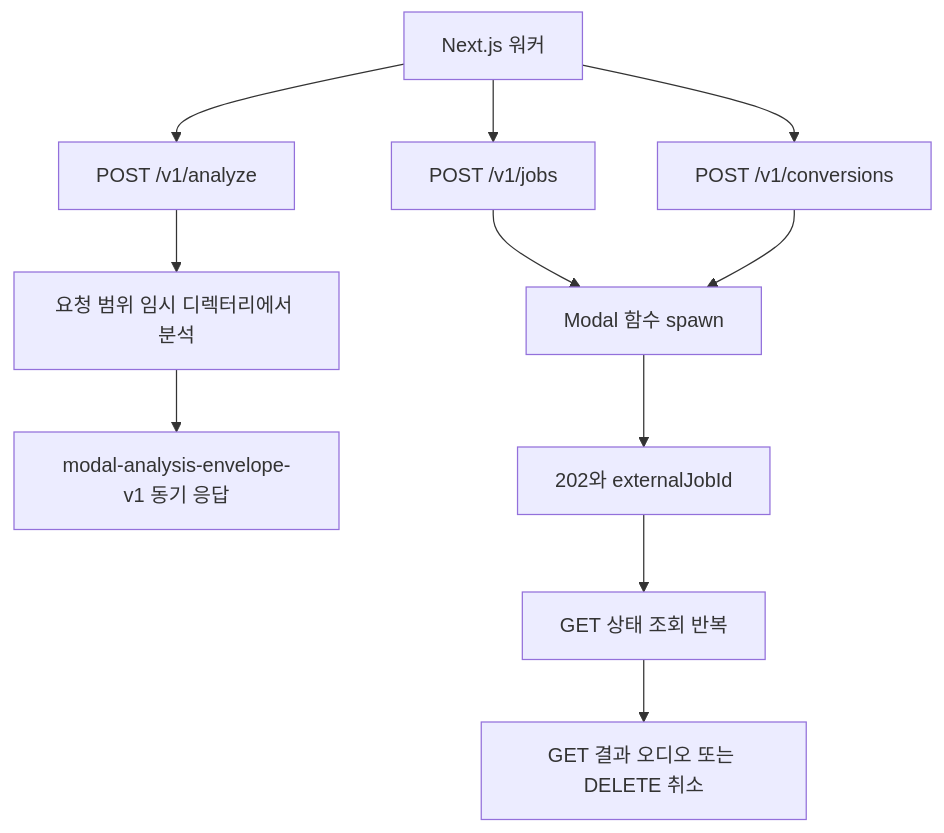
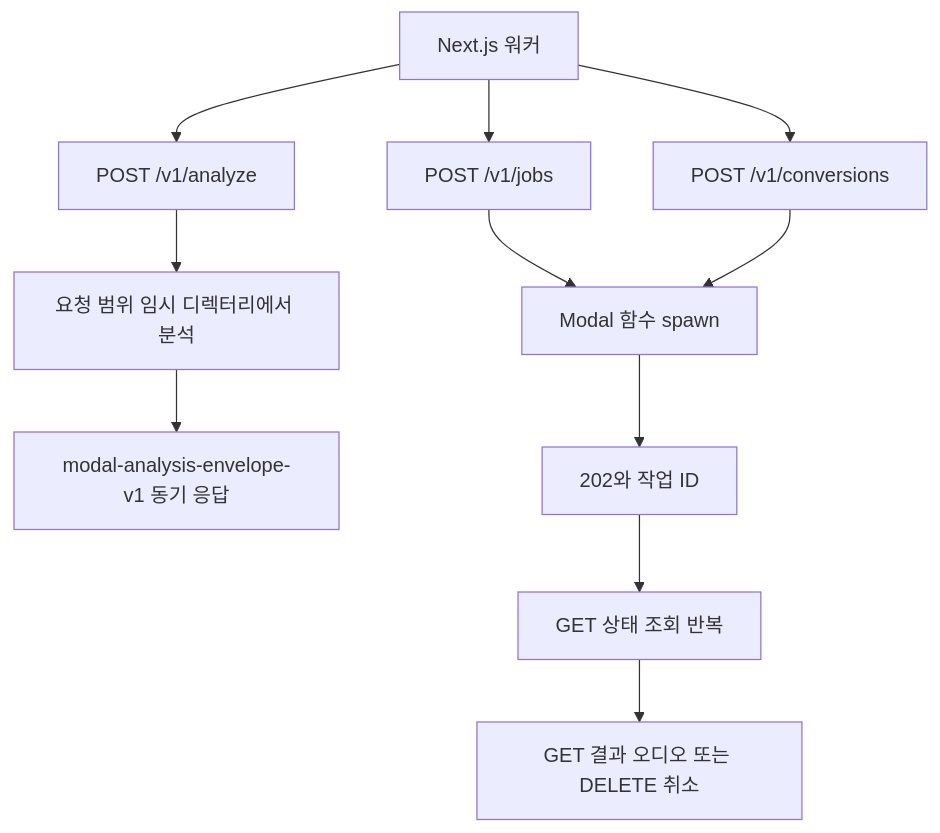
One commit to leey00nsu/copy-singer changed the diagram in openwiki/integrations/modal-services.md. Above: the diagram before and after it, drawn with Mermaid. The commit also changed other lines of this file and 55 other files, not shown here.

````diff
--- a/openwiki/integrations/modal-services.md
+++ b/openwiki/integrations/modal-services.md
@@ -100,13 +98,13 @@
 ```mermaid
 flowchart TD
   W["Next.js 워커"] --> A["POST /v1/analyze"]
   W --> J["POST /v1/jobs"]
   W --> C["POST /v1/conversions"]
   A --> Dir["요청 범위 임시 디렉터리에서 분석"]
   Dir --> Env["modal-analysis-envelope-v1 동기 응답"]
   J --> Spawn["Modal 함수 spawn"]
   C --> Spawn
-  Spawn --> Id["202와 externalJobId"]
+  Spawn --> Id["202와 작업 ID"]
   Id --> Poll["GET 상태 조회 반복"]
   Poll --> Done["GET 결과 오디오 또는 DELETE 취소"]
 ```
````
